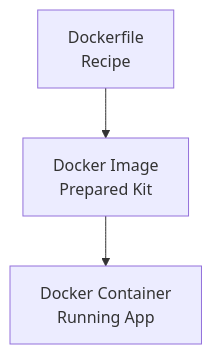
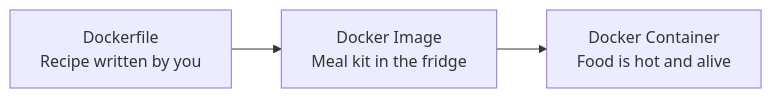
Before and after one commit to amit4996/learn-k8s-az: the third of 7 diagrams in Ch1.Docker/readme.md, drawn with Mermaid. The commit also changed other lines of this file, not shown here.

Commit message:
update docker

````diff
--- a/Ch1.Docker/readme.md
+++ b/Ch1.Docker/readme.md
@@ -78,5 +122,5 @@
 ```mermaid
-flowchart TD
-    A[Dockerfile<br/>Recipe] --> B[Docker Image<br/>Prepared Kit]
-    B --> C[Docker Container<br/>Running App]
+flowchart LR
+    Dockerfile["Dockerfile<br/>Recipe written by you"] --> Image["Docker Image<br/>Meal kit in the fridge"]
+    Image --> Container["Docker Container<br/>Food is hot and alive"]
 ```
````
